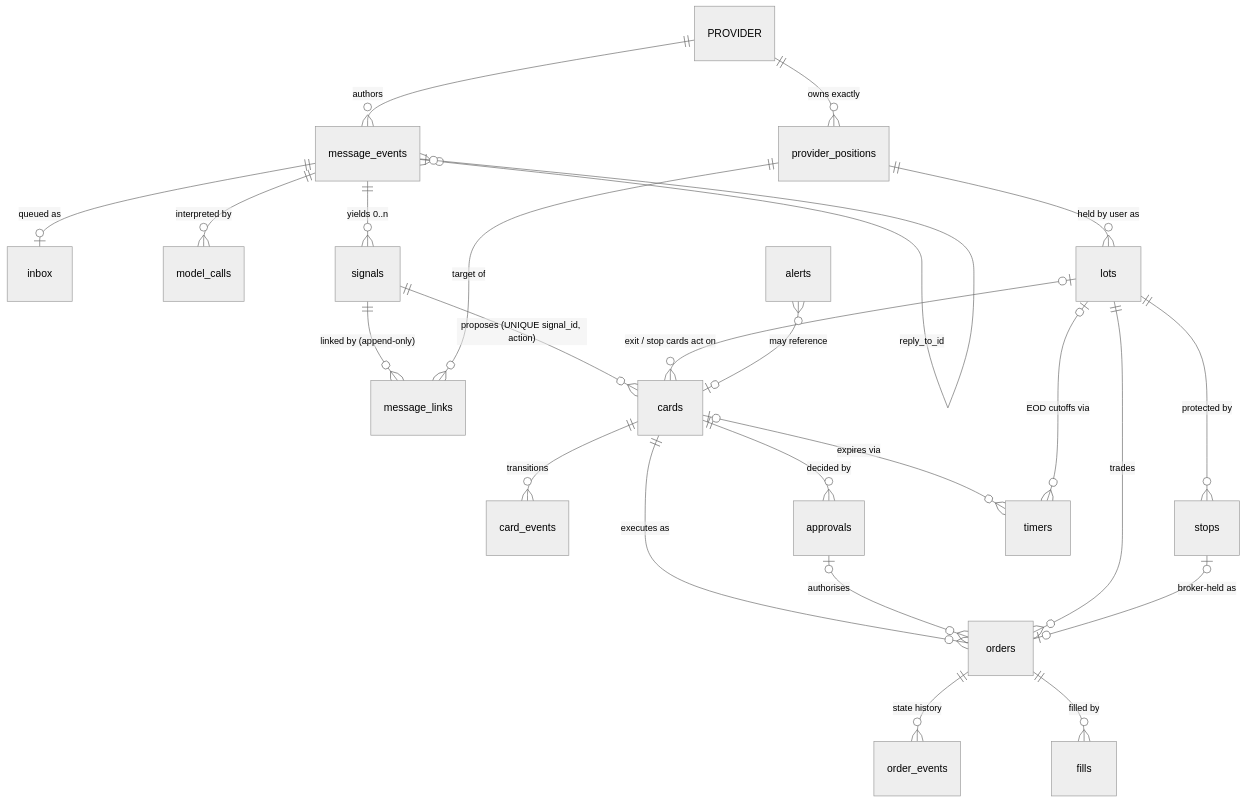
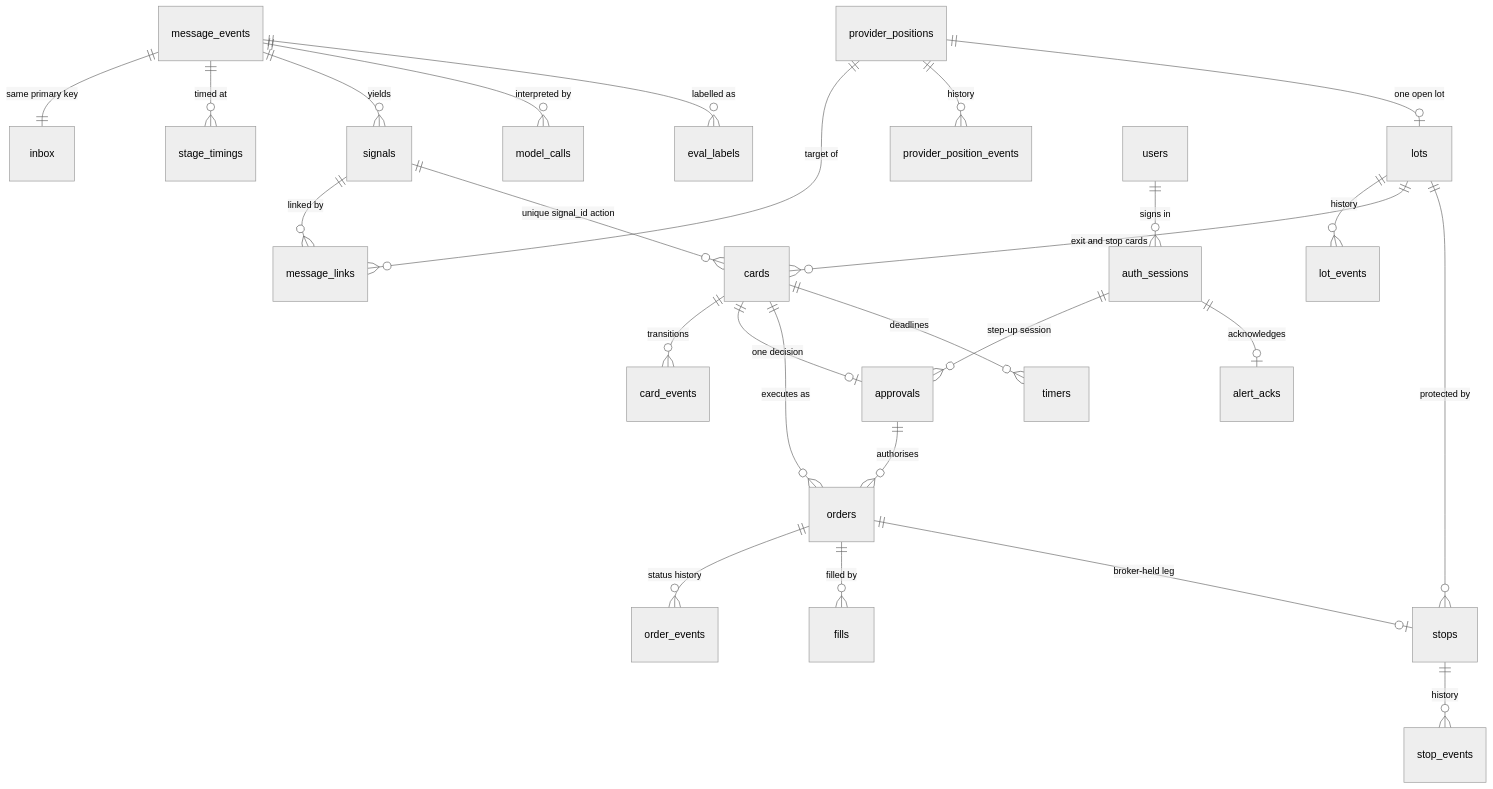
Before and after one commit to idolrun/trading-agent: the first of 6 diagrams in docs/diagrams/07-data-model.md, drawn with Mermaid (neutral theme). The commit also changed other lines of this file and 131 other files, not shown here.

First line of the commit message:
docs: update architecture and data flow diagrams for clarity and consistency

````diff
--- a/docs/diagrams/07-data-model.md
+++ b/docs/diagrams/07-data-model.md
@@ -17,26 +17,28 @@
 ```mermaid
 erDiagram
-    PROVIDER ||--o{ message_events : "authors"
-    PROVIDER ||--o{ provider_positions : "owns exactly"
-    message_events ||--o| inbox : "queued as"
-    message_events }o--o| message_events : "reply_to_id"
+    message_events ||--|| inbox : "same primary key"
+    message_events ||--o{ stage_timings : "timed at"
+    message_events ||--o{ signals : "yields"
     message_events ||--o{ model_calls : "interpreted by"
-    message_events ||--o{ signals : "yields 0..n"
-    signals ||--o{ message_links : "linked by (append-only)"
+    message_events ||--o{ eval_labels : "labelled as"
+    signals ||--o{ message_links : "linked by"
     provider_positions ||--o{ message_links : "target of"
-    provider_positions ||--o{ lots : "held by user as"
-    signals ||--o{ cards : "proposes (UNIQUE signal_id, action)"
-    lots |o--o{ cards : "exit / stop cards act on"
+    provider_positions ||--o{ provider_position_events : "history"
+    provider_positions ||--o| lots : "one open lot"
+    lots ||--o{ lot_events : "history"
+    signals ||--o{ cards : "unique signal_id action"
+    lots ||--o{ cards : "exit and stop cards"
     cards ||--o{ card_events : "transitions"
-    cards ||--o{ approvals : "decided by"
+    cards ||--o| approvals : "one decision"
     cards ||--o{ orders : "executes as"
-    approvals |o--o{ orders : "authorises"
-    lots ||--o{ orders : "trades"
-    orders ||--o{ order_events : "state history"
+    approvals ||--o{ orders : "authorises"
+    orders ||--o{ order_events : "status history"
     orders ||--o{ fills : "filled by"
     lots ||--o{ stops : "protected by"
-    stops |o--o| orders : "broker-held as"
-    cards |o--o{ timers : "expires via"
-    lots |o--o{ timers : "EOD cutoffs via"
-    alerts }o--o| cards : "may reference"
+    stops ||--o{ stop_events : "history"
+    orders ||--o| stops : "broker-held leg"
+    cards ||--o{ timers : "deadlines"
+    users ||--o{ auth_sessions : "signs in"
+    auth_sessions ||--o{ approvals : "step-up session"
+    auth_sessions ||--o| alert_acks : "acknowledges"
 ```
````
